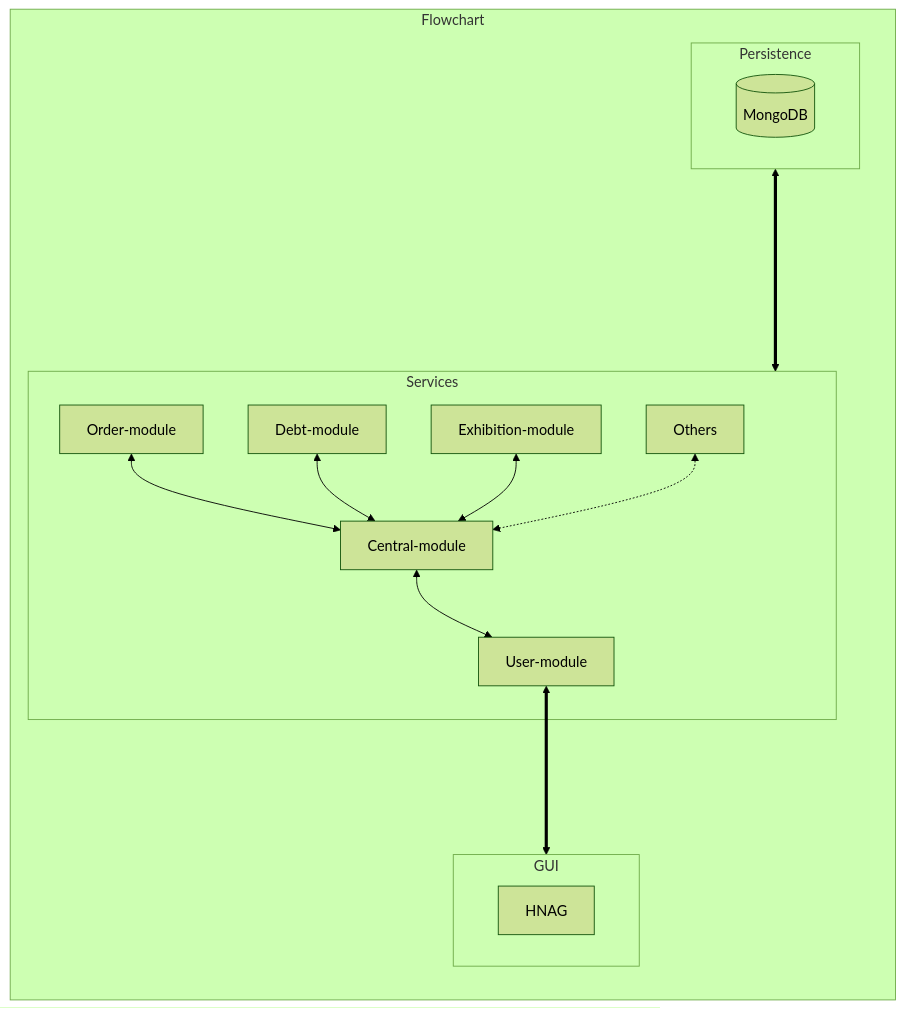
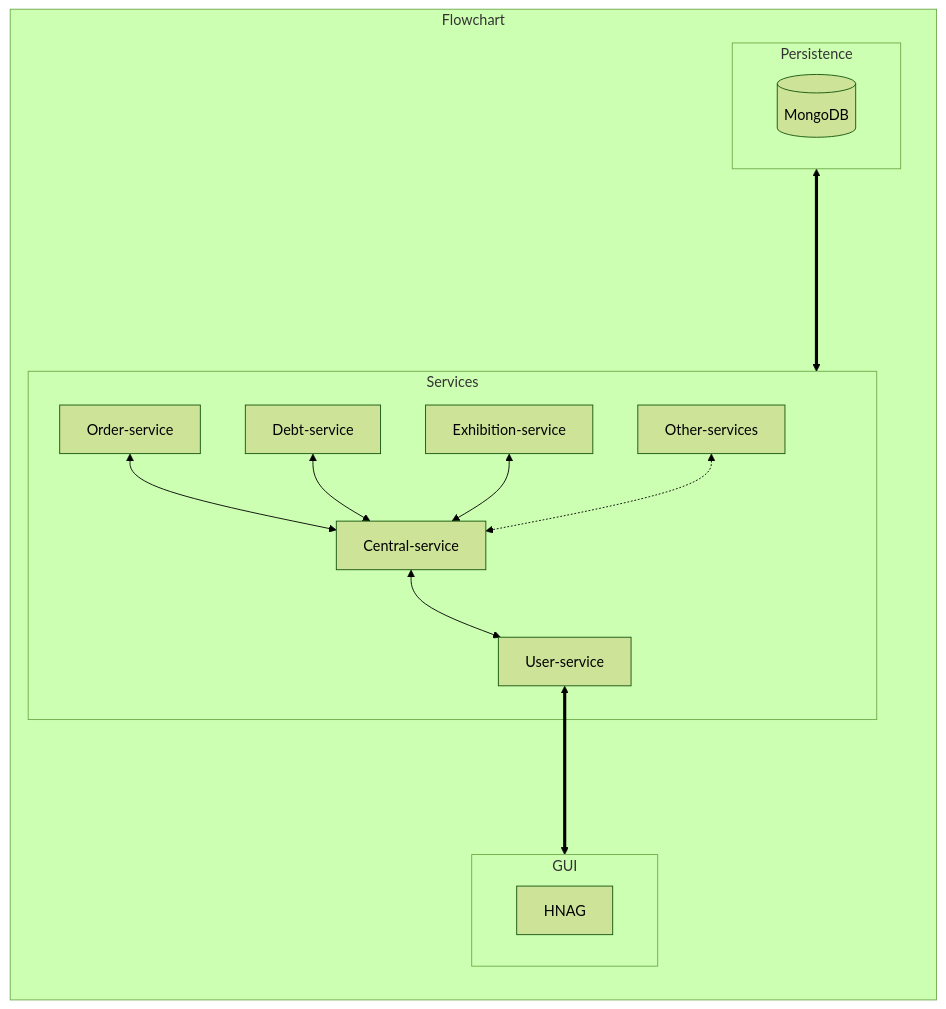
Before and after one commit to pmt22/hnag: the diagram in README.md, drawn with Mermaid (forest theme).

Commit message:
Update README.md
little modification

````diff
--- a/README.md
+++ b/README.md
@@ -26,28 +26,28 @@
 ```mermaid
 flowchart BT
     subgraph Flowchart
       subgraph GUI
          HNAG 
       end
       
-      User-module <===> GUI
+      User-service <===> GUI
       
       subgraph Services
-         Central-module <--> User-module
+         Central-service <--> User-service
        
-         Order-module <--> Central-module
+         Order-service <--> Central-service
        
-         Debt-module <--> Central-module
+         Debt-service <--> Central-service
        
-         Exhibition-module <--> Central-module
+         Exhibition-service <--> Central-service
        
-         Others <-.-> Central-module
+         Other-services <-.-> Central-service
       end
       
       Persistence <======> Services
       
       subgraph Persistence
          database[(MongoDB)]
       end
     end
 ```
````
